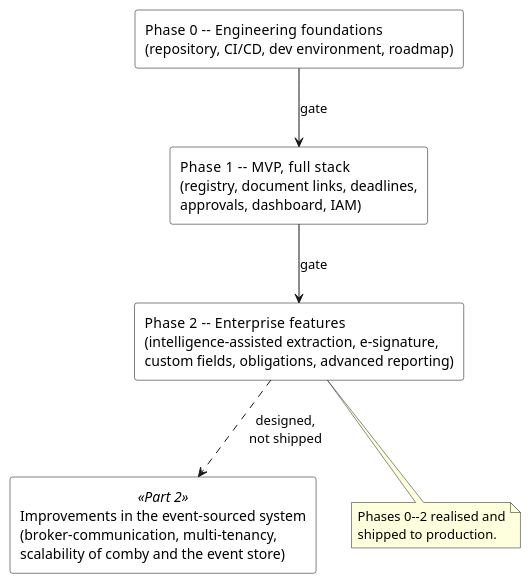
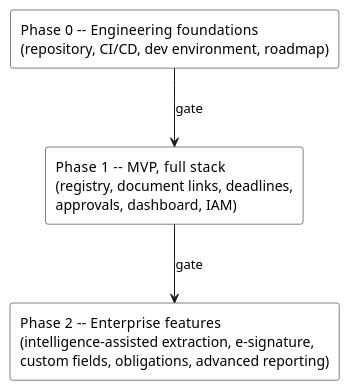
The diagram in report/Chapter1/figures/release-train.puml (idris-saddi/pfe-report), drawn with PlantUML before and after one commit. The commit also changed 11 other files, not shown here.

```diff
--- a/report/Chapter1/figures/release-train.puml
+++ b/report/Chapter1/figures/release-train.puml
@@ -1,35 +1,26 @@
 @startuml release-train
 '==============================================================================
 ' Figure (Chapter I): the release-train delivery model.
-' Three scope-sized PRODUCT phases with absolute gates (all realised), then a
-' fourth, different kind of work: a planned engineering effort on the
-' event-sourced system (designed, not shipped as a customer release).
-' Realised vs planned is also carried in the figure caption. From the
+' Three scope-sized PRODUCT phases with absolute gates (all realised).
+' The former fourth block (planned engineering work on the event-sourced
+' system) was removed 2026-08-04 with the retirement of Chapter V -- that
+' work is now perspectives-only, in the general conclusion. From the
 ' methodology section (release-train delivery).
 ' Render:  plantuml -tsvg release-train.puml  then  rsvg-convert -f pdf
 '==============================================================================
 skinparam shadowing false
 skinparam defaultFontName Helvetica
 skinparam componentStyle rectangle
 skinparam rectangle {
   BorderColor Black
   BackgroundColor White
-  BorderColor<<planned>> Gray
-  BackgroundColor<<planned>> #F5F5F5
-  BorderStyle<<planned>> dashed
 }
 
 rectangle "Phase 0  --  Engineering foundations\n(repository, CI/CD, dev environment, roadmap)" as p0
 rectangle "Phase 1  --  MVP, full stack\n(registry, document links, deadlines,\napprovals, dashboard, IAM)" as p1
 rectangle "Phase 2  --  Enterprise features\n(intelligence-assisted extraction, e-signature,\ncustom fields, obligations, advanced reporting)" as p2
-rectangle "Improvements in the event-sourced system\n(broker-communication, multi-tenancy,\nscalability of comby and the event store)" as ev <<Part 2>>
 
 p0 --> p1 : gate
 p1 --> p2 : gate
-p2 ..> ev : designed,\nnot shipped
 
-note bottom of p2
-  Phases 0--2 realised and
-  shipped to production.
-end note
 @enduml
```
